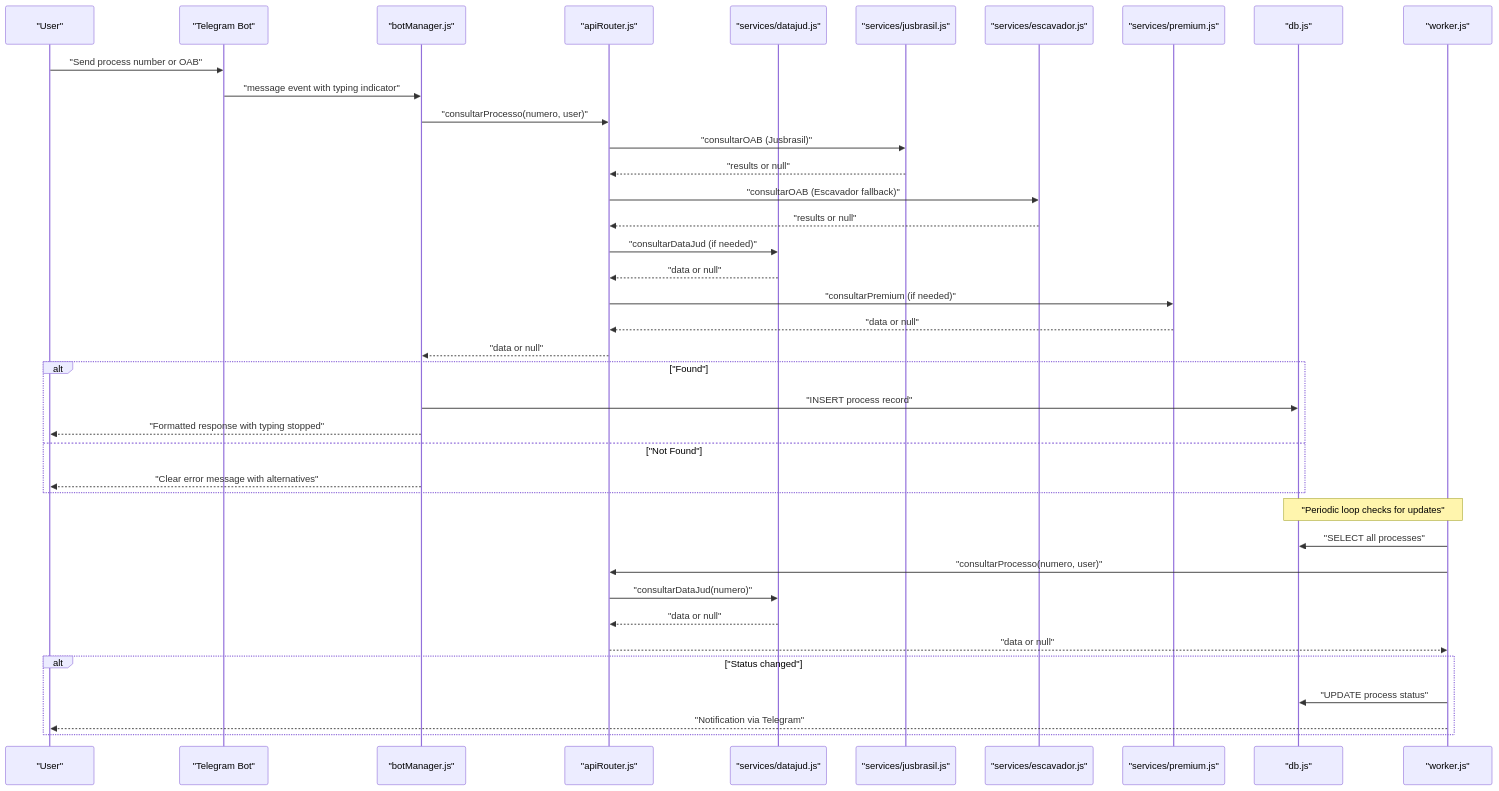
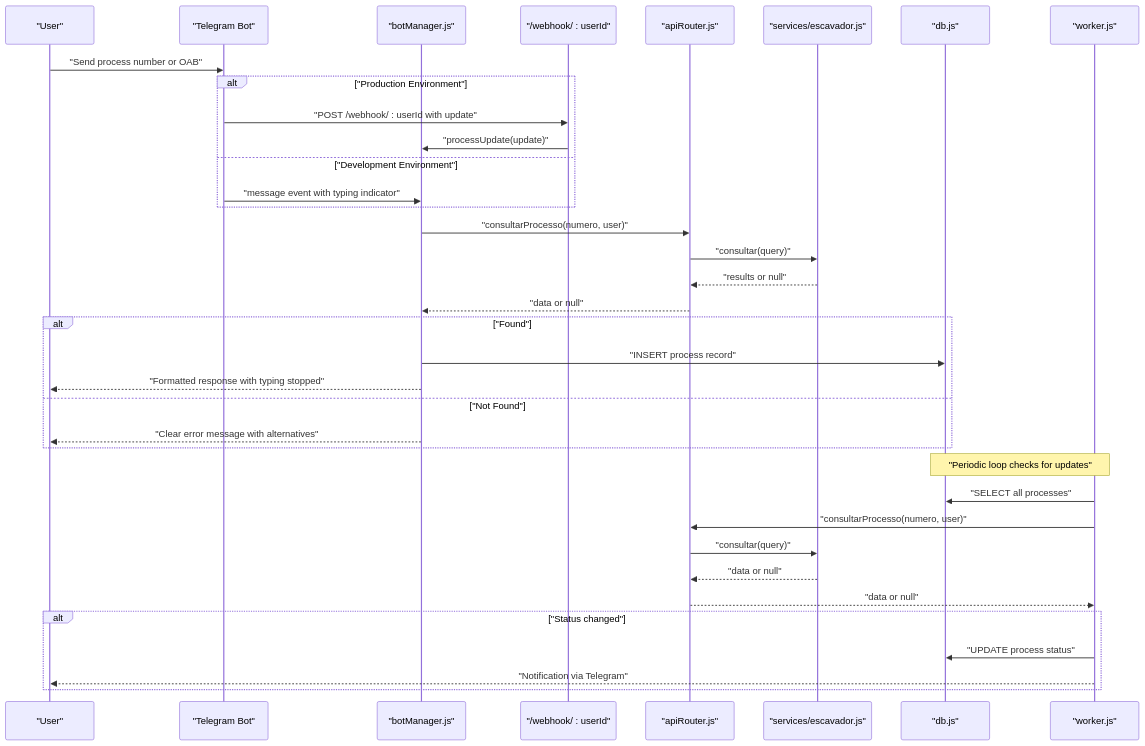
Before and after one commit to Alexandrexicara/bot-processos: the second of 11 diagrams in .qoder/repowiki/en/content/Telegram Bot Integration/Telegram Bot Integration.md, drawn with Mermaid. The commit also changed other lines of this file and 6 other files, not shown here.

````diff
--- a/.qoder/repowiki/en/content/Telegram Bot Integration/Telegram Bot Integration.md
+++ b/.qoder/repowiki/en/content/Telegram Bot Integration/Telegram Bot Integration.md
@@ -133,41 +136,38 @@
 ```mermaid
 sequenceDiagram
 participant U as "User"
 participant T as "Telegram Bot"
 participant BM as "botManager.js"
+participant WEB as "/webhook/ : userId"
 participant AR as "apiRouter.js"
-participant DJ as "services/datajud.js"
-participant JB as "services/jusbrasil.js"
 participant ES as "services/escavador.js"
-participant PR as "services/premium.js"
 participant DB as "db.js"
 participant W as "worker.js"
 U->>T : "Send process number or OAB"
+alt "Production Environment"
+T->>WEB : "POST /webhook/ : userId with update"
+WEB->>BM : "processUpdate(update)"
+else "Development Environment"
 T->>BM : "message event with typing indicator"
+end
 BM->>AR : "consultarProcesso(numero, user)"
-AR->>JB : "consultarOAB (Jusbrasil)"
-JB-->>AR : "results or null"
-AR->>ES : "consultarOAB (Escavador fallback)"
+AR->>ES : "consultar(query)"
 ES-->>AR : "results or null"
-AR->>DJ : "consultarDataJud (if needed)"
-DJ-->>AR : "data or null"
-AR->>PR : "consultarPremium (if needed)"
-PR-->>AR : "data or null"
 AR-->>BM : "data or null"
 alt "Found"
 BM->>DB : "INSERT process record"
 BM-->>U : "Formatted response with typing stopped"
 else "Not Found"
 BM-->>U : "Clear error message with alternatives"
 end
 Note over W,DB : "Periodic loop checks for updates"
 W->>DB : "SELECT all processes"
 W->>AR : "consultarProcesso(numero, user)"
-AR->>DJ : "consultarDataJud(numero)"
-DJ-->>AR : "data or null"
+AR->>ES : "consultar(query)"
+ES-->>AR : "data or null"
 AR-->>W : "data or null"
 alt "Status changed"
 W->>DB : "UPDATE process status"
 W-->>U : "Notification via Telegram"
 end
 ```
````
